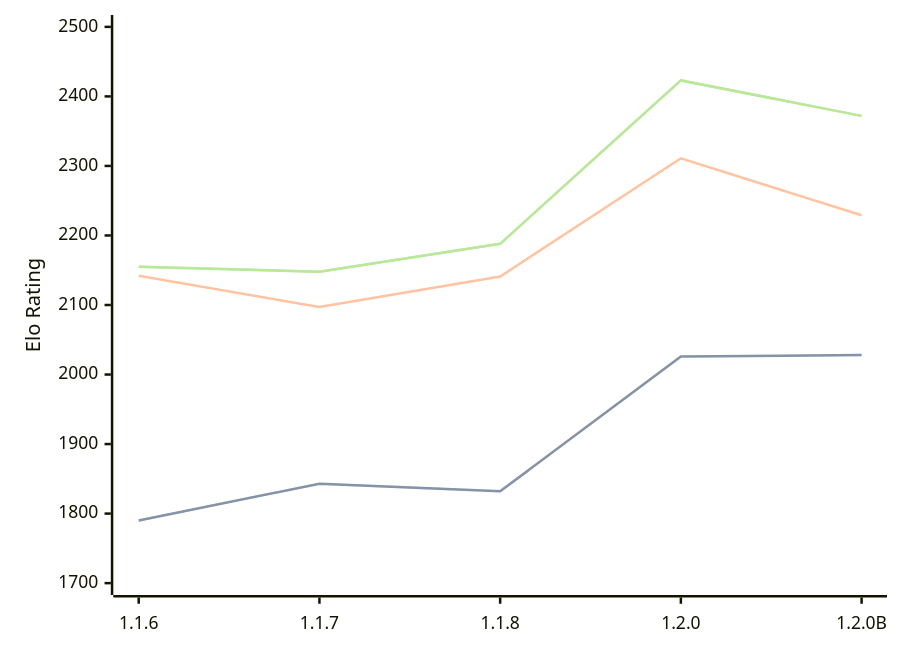
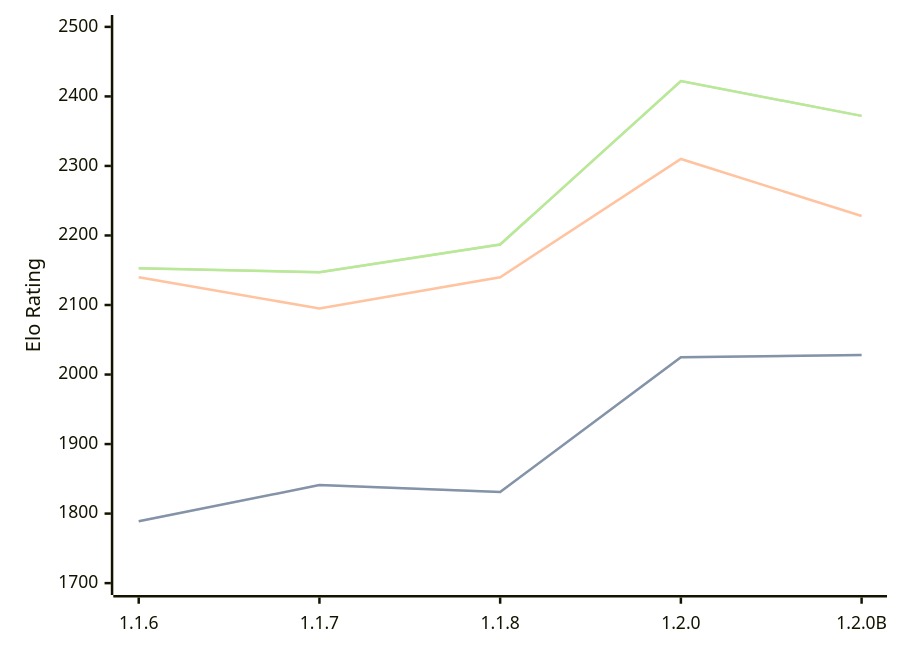
The diagram in engines/Soomi.md (computer-chess-index/cci), drawn with Mermaid before and after one commit. The commit also changed other lines of this file, not shown here.

Commit message:
Update CCI Ratings (ELO VLTC) - 2026-06-07

````diff
--- a/engines/Soomi.md
+++ b/engines/Soomi.md
@@ -35,11 +35,11 @@
 ```mermaid
 %%{init: {"theme":"base","themeVariables":{"seriesColors:['#a3a3a3','#222221','#faa371']}}}%%
 xychart-beta
   x-axis ["1.1.6", "1.1.7", "1.1.8", "1.2.0", "1.2.0B"]
   y-axis "Elo Rating" 1700 --> 2500
-  line "STC (8.0+0.08s)" [1790, 1843, 1832, 2026, 2028]
-  line "STC (8.0+0.08s)" [1790, 1843, 1832, 2026, 2028]
-  line "LTC (60.0+0.60s)" [2142, 2097, 2141, 2311, 2229]
-  line "VLTC (2m24s+1.12s)" [2155, 2148, 2188, 2423, 2372]
-  line "VLTC (2m24s+1.12s)" [2155, 2148, 2188, 2423, 2372]
+  line "STC (8.0+0.08s)" [1789, 1841, 1831, 2025, 2028]
+  line "STC (8.0+0.08s)" [1789, 1841, 1831, 2025, 2028]
+  line "LTC (60.0+0.60s)" [2140, 2095, 2140, 2310, 2228]
+  line "VLTC (2m24s+1.12s)" [2153, 2147, 2187, 2422, 2372]
+  line "VLTC (2m24s+1.12s)" [2153, 2147, 2187, 2422, 2372]
 ```
````
